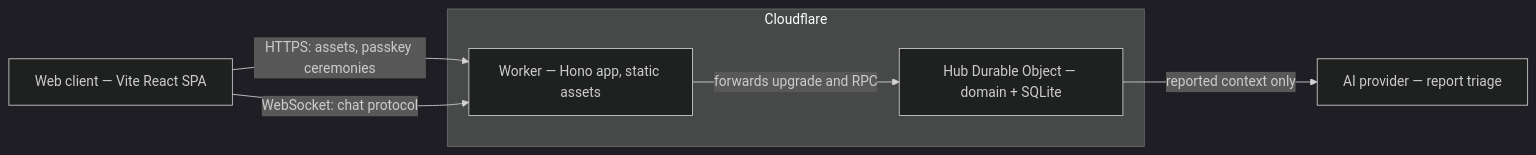
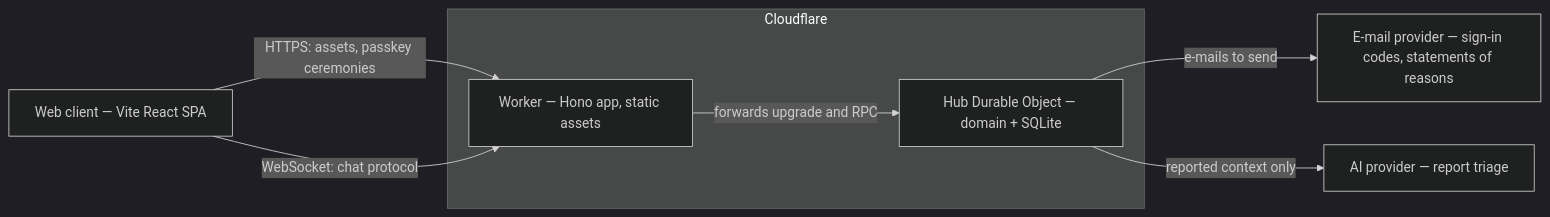
Before and after one commit to benoit-bremaud/asv: the second of 2 diagrams in docs/architecture/README.md, drawn with Mermaid (dark theme). The commit also changed other lines of this file and 43 other files, not shown here.

First line of the commit message:
docs: accounts for private messages, strikes, legal-first roadmap

````diff
--- a/docs/architecture/README.md
+++ b/docs/architecture/README.md
@@ -49,13 +51,15 @@
 ```mermaid
 flowchart LR
   Browser["Web client — Vite React SPA"]
   subgraph CF ["Cloudflare"]
     Worker["Worker — Hono app, static assets"]
     Hub["Hub Durable Object — domain + SQLite"]
   end
   AI["AI provider — report triage"]
+  Mail["E-mail provider — sign-in codes, statements of reasons"]
+  Hub -->|"e-mails to send"| Mail
   Browser -->|"HTTPS: assets, passkey ceremonies"| Worker
   Browser -->|"WebSocket: chat protocol"| Worker
   Worker -->|"forwards upgrade and RPC"| Hub
   Hub -->|"reported context only"| AI
 ```
````
